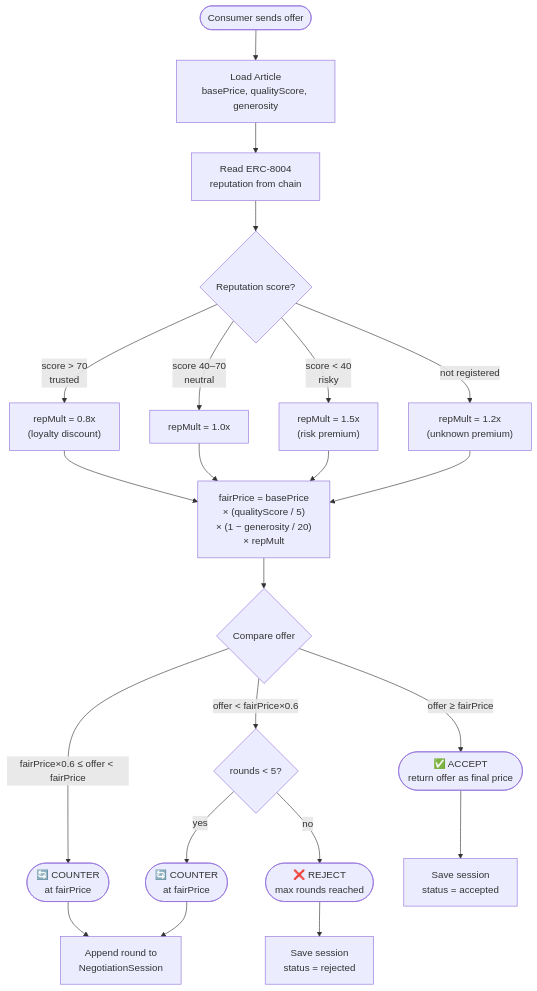
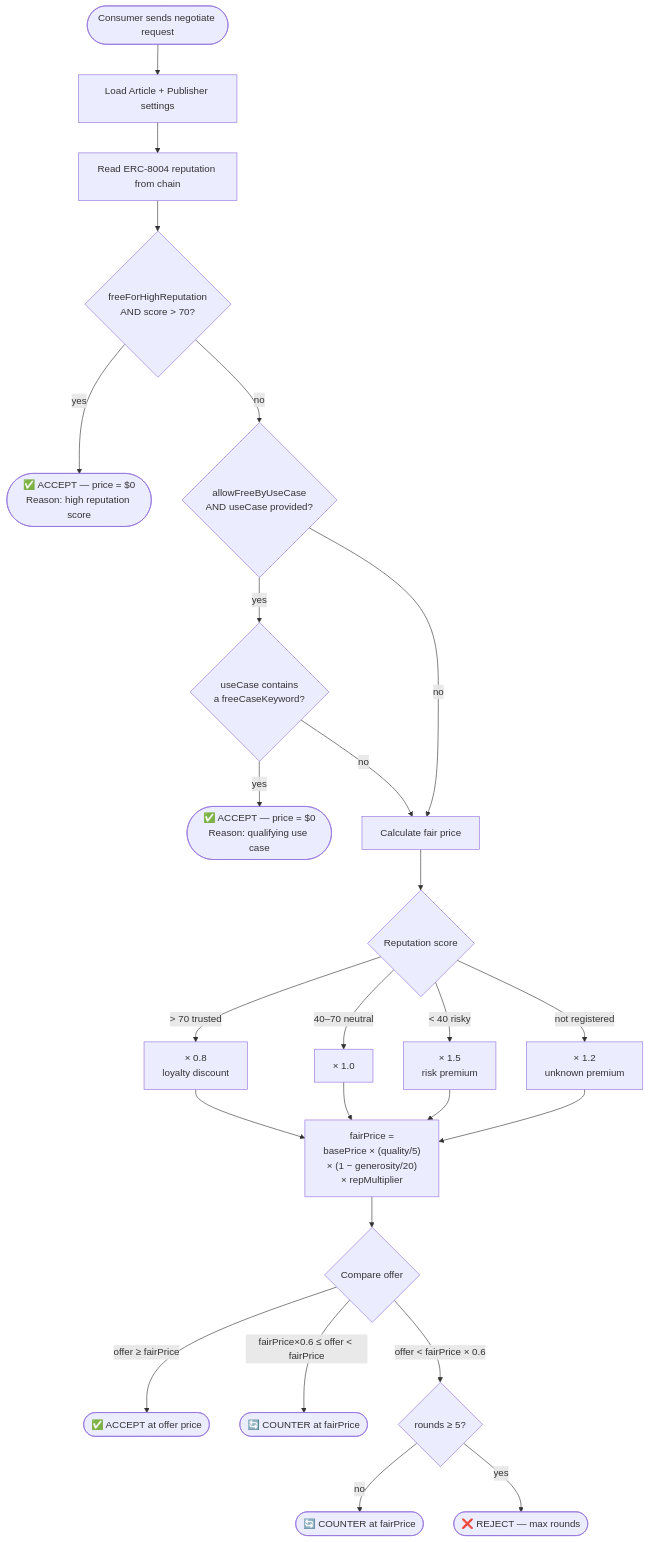
Before and after one commit to sumithprabhu/Synthesis: the fourth of 10 diagrams in workflow.md, drawn with Mermaid. The commit also changed other lines of this file and 11 other files, not shown here.

````diff
--- a/workflow.md
+++ b/workflow.md
@@ -204,26 +244,30 @@
 ```mermaid
 flowchart TD
-    START([Consumer sends offer]) --> GETART[Load Article\nbasePrice, qualityScore, generosity]
-    GETART --> GETREP[Read ERC-8004\nreputation from chain]
+    START([Consumer sends negotiate request]) --> LOAD[Load Article + Publisher settings]
+    LOAD --> GETREP[Read ERC-8004 reputation from chain]
 
-    GETREP --> MULT{Reputation score?}
-    MULT -->|score > 70\ntrusted| R1["repMult = 0.8x\n(loyalty discount)"]
-    MULT -->|score 40–70\nneutral| R2["repMult = 1.0x"]
-    MULT -->|score < 40\nrisky| R3["repMult = 1.5x\n(risk premium)"]
-    MULT -->|not registered| R4["repMult = 1.2x\n(unknown premium)"]
+    GETREP --> FREE1{freeForHighReputation\nAND score > 70?}
+    FREE1 -->|yes| GRANT_REP(["✅ ACCEPT — price = $0\nReason: high reputation score"])
 
-    R1 & R2 & R3 & R4 --> CALC["fairPrice = basePrice\n× (qualityScore / 5)\n× (1 − generosity / 20)\n× repMult"]
+    FREE1 -->|no| FREE2{allowFreeByUseCase\nAND useCase provided?}
+    FREE2 -->|yes| KEYWORD{useCase contains\na freeCaseKeyword?}
+    KEYWORD -->|yes| GRANT_UC(["✅ ACCEPT — price = $0\nReason: qualifying use case"])
+    KEYWORD -->|no| PRICING
+    FREE2 -->|no| PRICING
 
-    CALC --> CMP{Compare offer}
+    PRICING[Calculate fair price]
+    PRICING --> MULT{Reputation score}
+    MULT -->|"> 70 trusted"| M1["× 0.8\nloyalty discount"]
+    MULT -->|"40–70 neutral"| M2["× 1.0"]
+    MULT -->|"< 40 risky"| M3["× 1.5\nrisk premium"]
+    MULT -->|"not registered"| M4["× 1.2\nunknown premium"]
 
-    CMP -->|offer ≥ fairPrice| ACC(["✅ ACCEPT\nreturn offer as final price"])
-    CMP -->|fairPrice×0.6 ≤ offer < fairPrice| CNT1(["🔄 COUNTER\nat fairPrice"])
-    CMP -->|offer < fairPrice×0.6| RNDS{rounds < 5?}
+    M1 & M2 & M3 & M4 --> FORMULA["fairPrice =\nbasePrice × (quality/5)\n× (1 − generosity/20)\n× repMultiplier"]
 
-    RNDS -->|yes| CNT2(["🔄 COUNTER\nat fairPrice"])
-    RNDS -->|no| REJ(["❌ REJECT\nmax rounds reached"])
-
-    ACC --> SAVE[Save session\nstatus = accepted]
-    CNT1 & CNT2 --> SAVE2[Append round to\nNegotiationSession]
-    REJ --> SAVE3[Save session\nstatus = rejected]
+    FORMULA --> CMP{Compare offer}
+    CMP -->|"offer ≥ fairPrice"| ACC(["✅ ACCEPT at offer price"])
+    CMP -->|"fairPrice×0.6 ≤ offer < fairPrice"| CNT(["🔄 COUNTER at fairPrice"])
+    CMP -->|"offer < fairPrice × 0.6"| ROUNDS{rounds ≥ 5?}
+    ROUNDS -->|no| CNT2(["🔄 COUNTER at fairPrice"])
+    ROUNDS -->|yes| REJ(["❌ REJECT — max rounds"])
 ```
````
